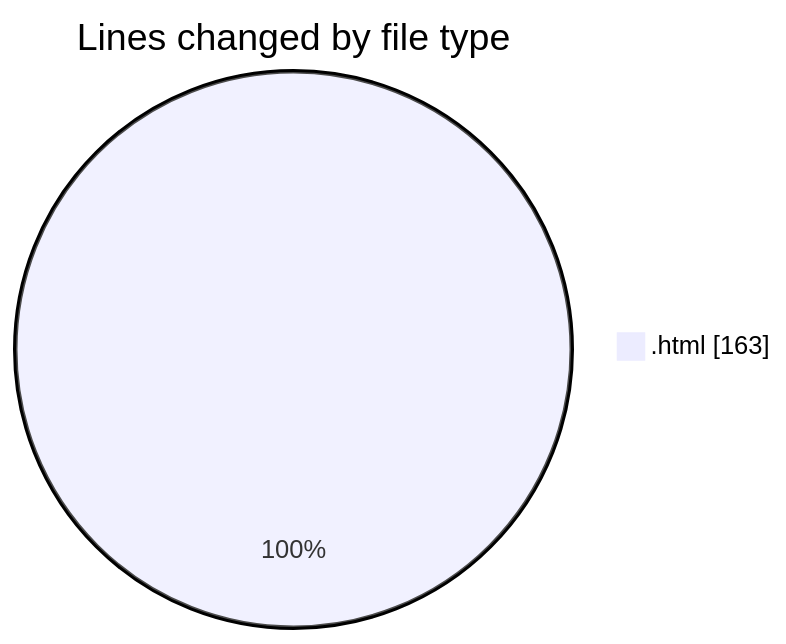
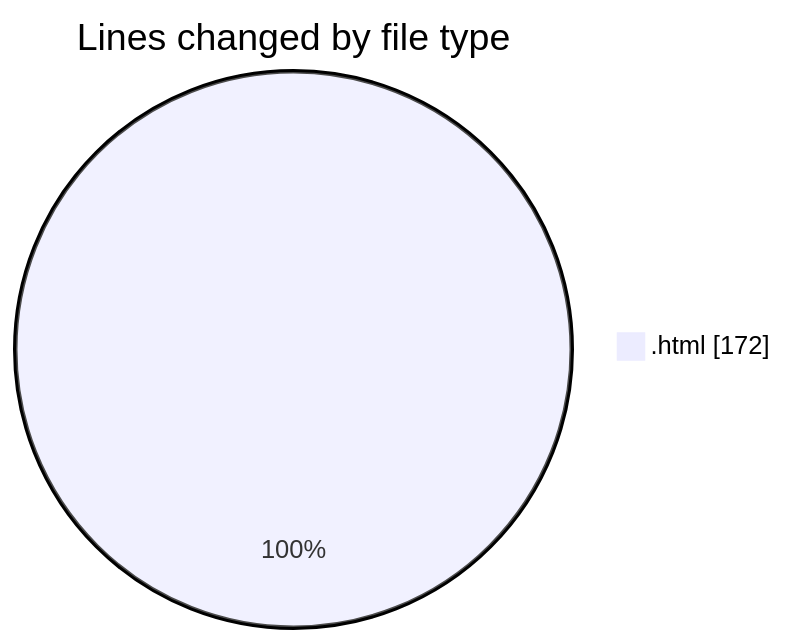
The first of 2 diagrams in 2026-08-20/lab2/README.md (Unknowalive/code-tracking), drawn with Mermaid before and after one commit. The commit also changed other lines of this file and 1 other file, not shown here.

````diff
--- a/2026-08-20/lab2/README.md
+++ b/2026-08-20/lab2/README.md
@@ -25,5 +25,5 @@
 ```mermaid
 pie showData
 title Lines changed by file type
-".html" : 163
+".html" : 172
 ```
````
